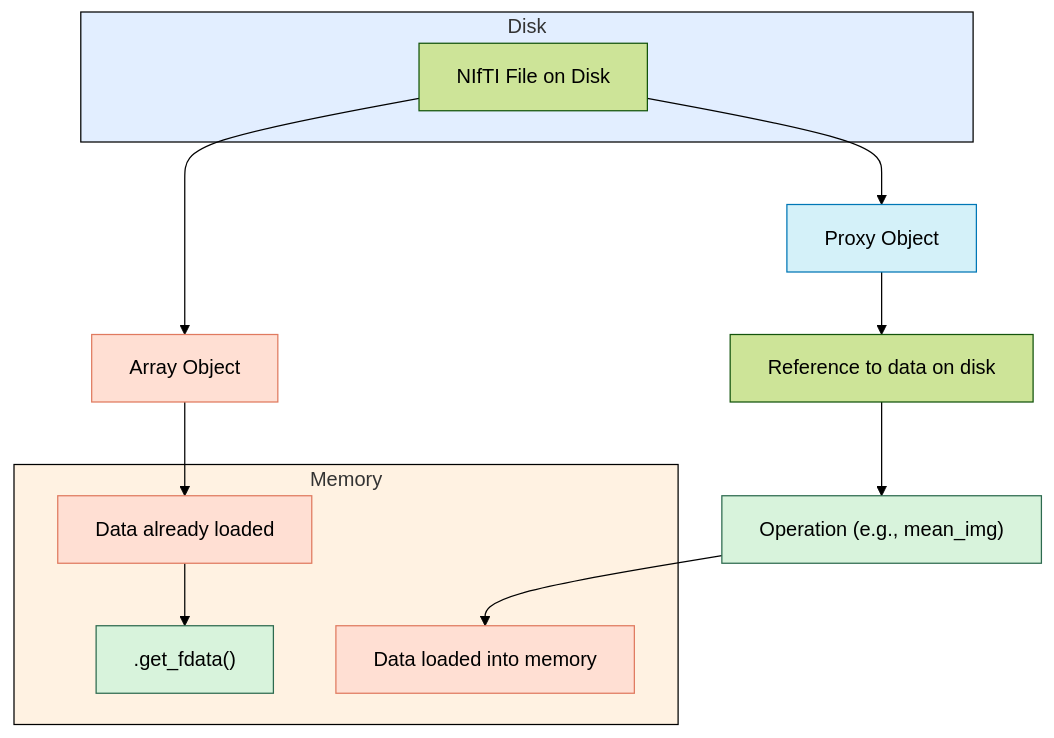
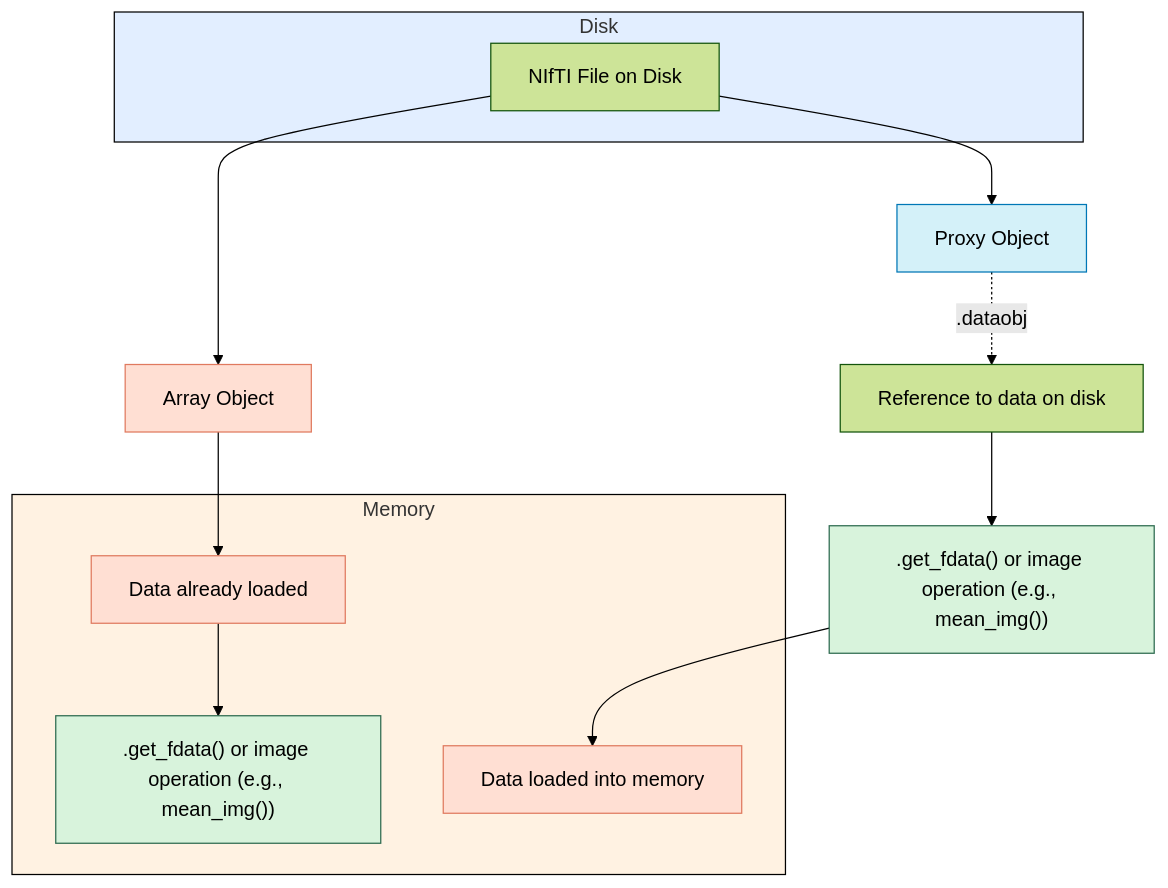
One commit to nilearn/nilearn changed the diagram in doc/building_blocks/performance_comparison.rst. Above: the diagram before and after it, drawn with Mermaid (forest theme). The commit also changed other lines of this file, not shown here.

```diff
--- a/doc/building_blocks/performance_comparison.rst
+++ b/doc/building_blocks/performance_comparison.rst
@@ -41,36 +41,36 @@
 .. mermaid::
 
     flowchart TD
         subgraph "Disk"
             style Disk fill:#e2eeff,stroke:#000000
             NiftiFile["NIfTI File on Disk"]
         end
 
         ProxyObj["Proxy Object"]
         ProxyRef["Reference to data on disk"]
-        OpFunction["Operation (e.g., mean_img)"]
+        OpFunction[".get_fdata() or image operation (e.g., mean_img())"]
 
         ArrayObj["Array Object"]
 
         subgraph "Memory"
             style Memory fill:#fff2e2,stroke:#000000
             MemData["Data already loaded"]
-            ArrayOp[".get_fdata()"]
+            ArrayOp[".get_fdata() or image operation (e.g., mean_img())"]
             LoadedData["Data loaded into memory"]
         end
 
         NiftiFile --> ProxyObj
-        ProxyObj --> ProxyRef
+        ProxyObj -. ".dataobj" .-> ProxyRef
         ProxyRef --> OpFunction
         OpFunction --> LoadedData
 
         NiftiFile --> ArrayObj
         ArrayObj --> MemData
         MemData --> ArrayOp
 
         style ProxyObj fill:#d4f1f9,stroke:#0077b6
         style ArrayObj fill:#ffdfd3,stroke:#e07a5f
         style OpFunction fill:#d8f3dc,stroke:#2d6a4f
         style ArrayOp fill:#d8f3dc,stroke:#2d6a4f
         style LoadedData fill:#ffdfd3,stroke:#e07a5f
         style MemData fill:#ffdfd3,stroke:#e07a5f
```
